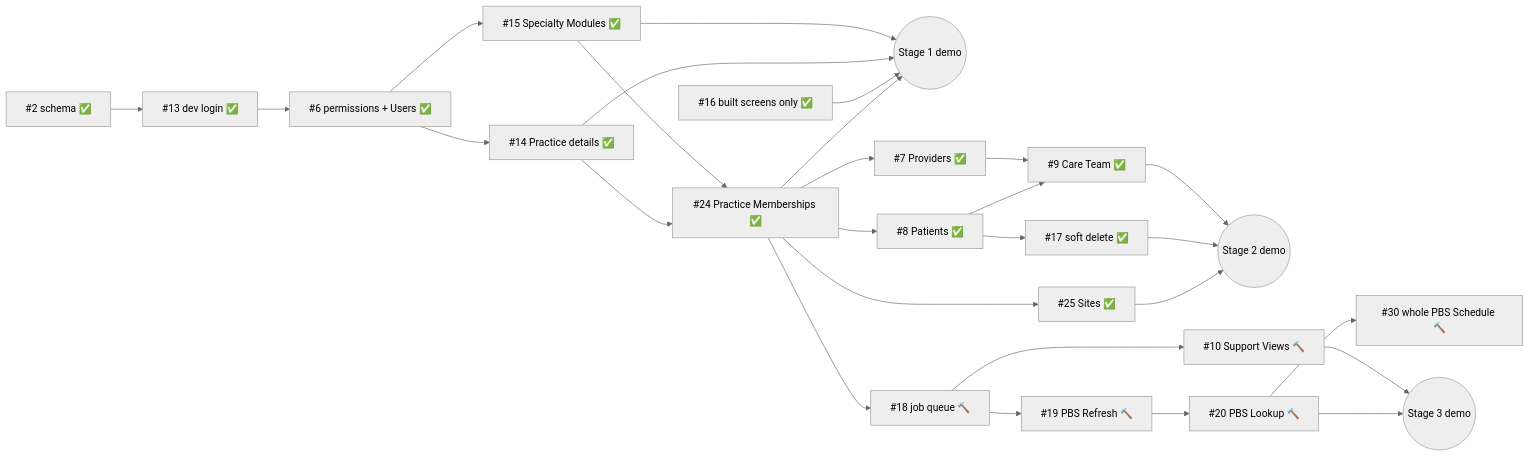
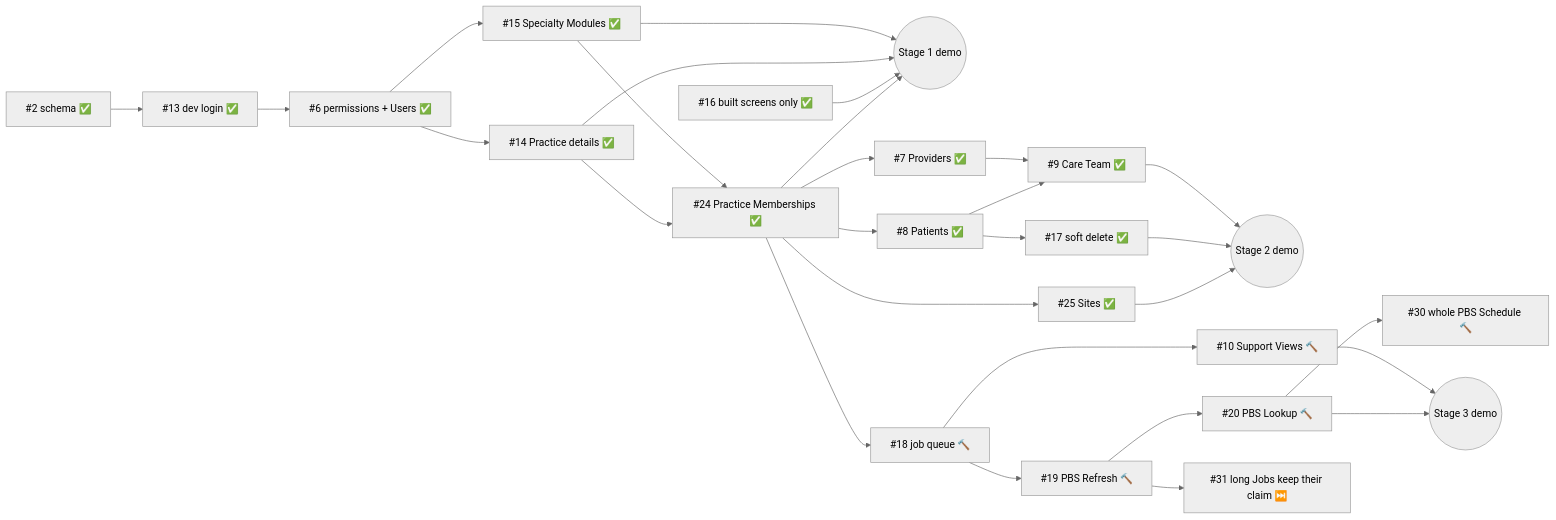
One commit to kl-a/vigil_care changed the diagram in docs/build-order.md. Above: the diagram before and after it, drawn with Mermaid (neutral theme). The commit also changed other lines of this file, not shown here.

Commit message:
Build order: #31 (long-running Jobs keep their claim) under Stage 3

````diff
--- a/docs/build-order.md
+++ b/docs/build-order.md
@@ -87,24 +88,25 @@
 ```mermaid
 flowchart LR
     T2[#2 schema ✅] --> T13[#13 dev login ✅]
     T13 --> T6[#6 permissions + Users ✅]
     T6 --> T14[#14 Practice details ✅]
     T6 --> T15[#15 Specialty Modules ✅]
     T14 --> T24[#24 Practice Memberships ✅]
     T15 --> T24
     T24 --> S1
     T16[#16 built screens only ✅] --> S1((Stage 1 demo))
     T14 --> S1
     T15 --> S1
     T24 --> T8[#8 Patients ✅] --> T17[#17 soft delete ✅]
     T24 --> T7[#7 Providers ✅]
     T24 --> T25[#25 Sites ✅] --> S2
     T8 --> T9[#9 Care Team ✅]
     T7 --> T9
     T17 --> S2((Stage 2 demo))
     T9 --> S2
     T24 --> T18[#18 job queue 🔨] --> T19[#19 PBS Refresh 🔨] --> T20[#20 PBS Lookup 🔨] --> T30[#30 whole PBS Schedule 🔨]
     T18 --> T10[#10 Support Views 🔨]
+    T19 --> T31[#31 long Jobs keep their claim ⏭️]
     T20 --> S3((Stage 3 demo))
     T10 --> S3
 ```
````
